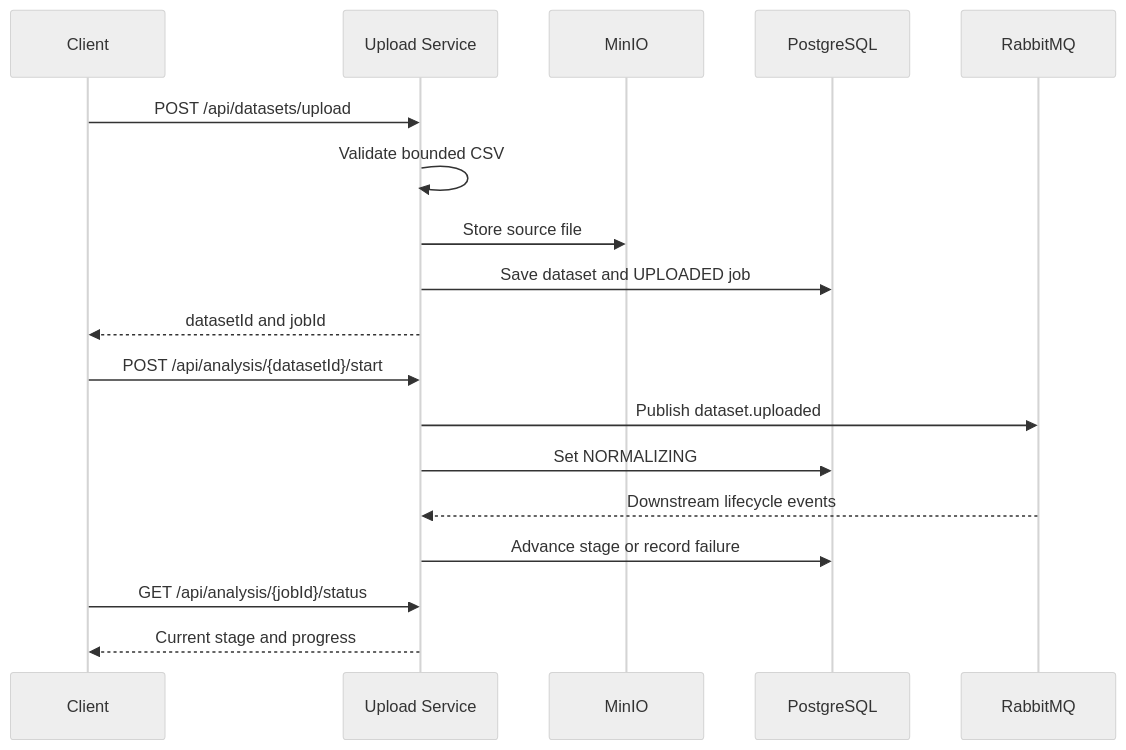
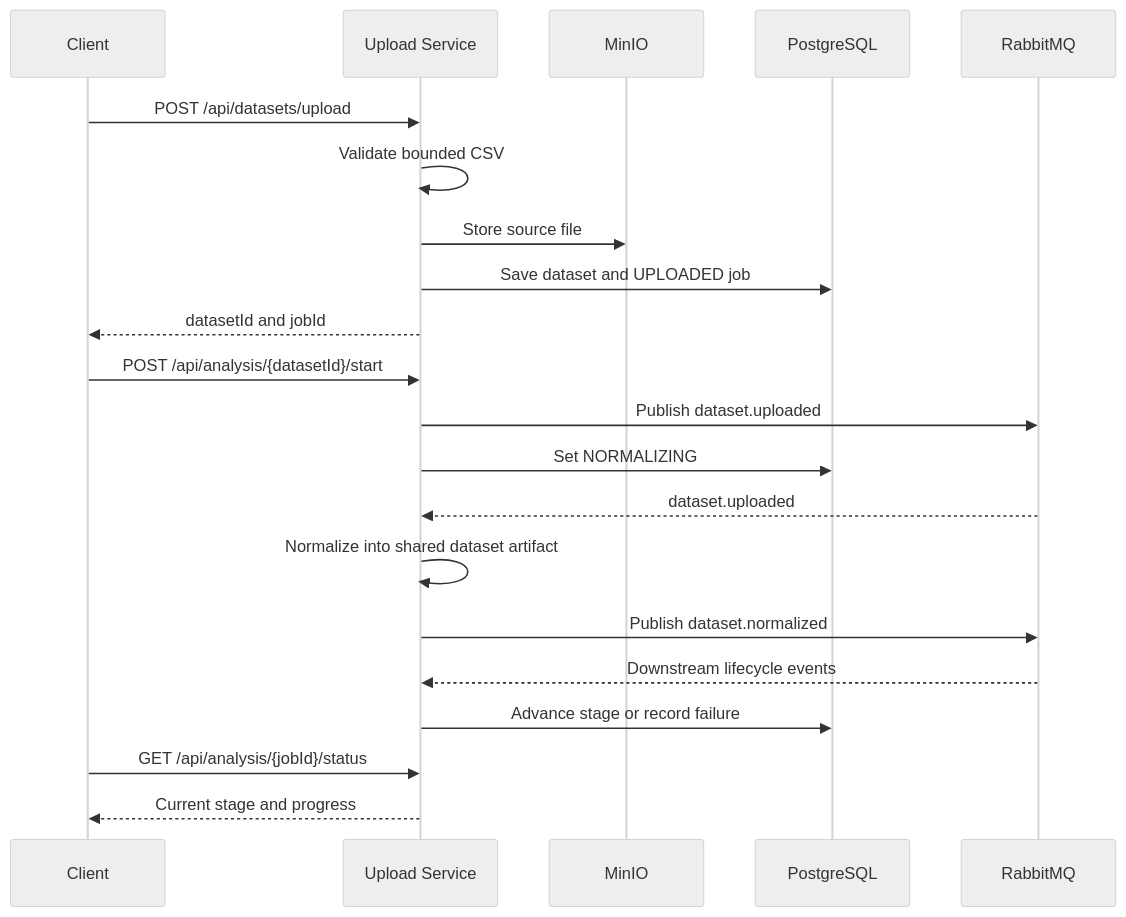
Before and after one commit to suxarikiii/Anti-Fraud-Detector: the second of 2 diagrams in backend/upload-service/README.md, drawn with Mermaid (neutral theme). The commit also changed other lines of this file and 37 other files, not shown here.

Commit message:
Complete frontend investigation flow and dataset pipeline

````diff
--- a/backend/upload-service/README.md
+++ b/backend/upload-service/README.md
@@ -29,21 +32,24 @@
 ```mermaid
 sequenceDiagram
     participant C as Client
     participant U as Upload Service
     participant O as MinIO
     participant D as PostgreSQL
     participant Q as RabbitMQ
 
     C->>U: POST /api/datasets/upload
     U->>U: Validate bounded CSV
     U->>O: Store source file
     U->>D: Save dataset and UPLOADED job
     U-->>C: datasetId and jobId
     C->>U: POST /api/analysis/{datasetId}/start
     U->>Q: Publish dataset.uploaded
     U->>D: Set NORMALIZING
+    Q-->>U: dataset.uploaded
+    U->>U: Normalize into shared dataset artifact
+    U->>Q: Publish dataset.normalized
     Q-->>U: Downstream lifecycle events
     U->>D: Advance stage or record failure
     C->>U: GET /api/analysis/{jobId}/status
     U-->>C: Current stage and progress
 ```
````
